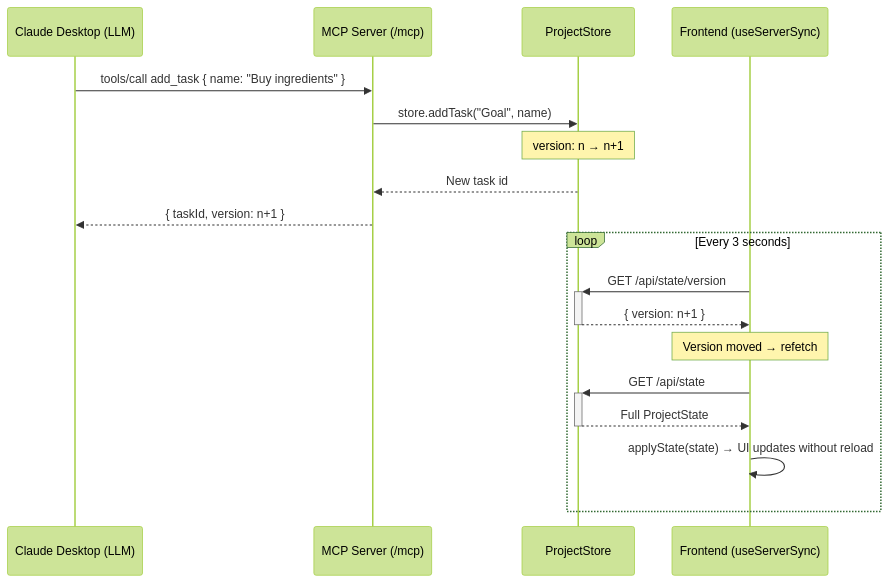
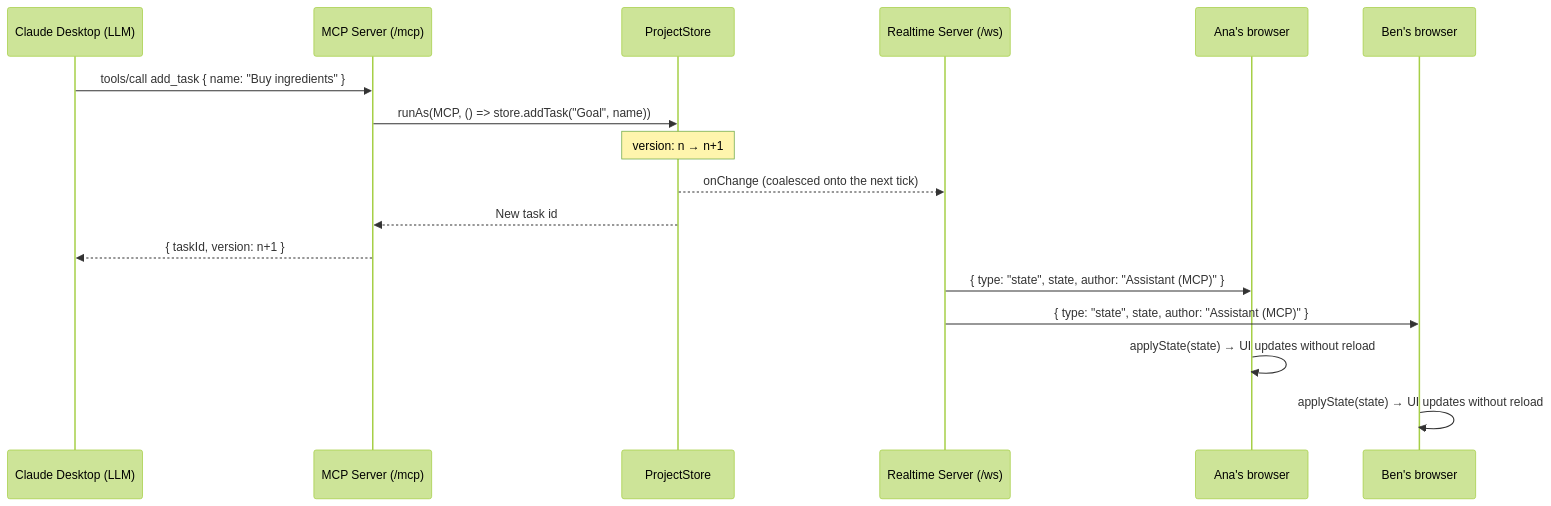
The second of 4 diagrams in docs/architecture/sequences.md (tantinlala/blossom-mcp), drawn with Mermaid (forest theme) before and after one commit. The commit also changed 44 other files, not shown here.

````diff
--- a/docs/architecture/sequences.md
+++ b/docs/architecture/sequences.md
@@ -28,22 +28,21 @@
 ```mermaid
 sequenceDiagram
     participant L as Claude Desktop (LLM)
     participant M as MCP Server (/mcp)
     participant S as ProjectStore
-    participant F as Frontend (useServerSync)
+    participant R as Realtime Server (/ws)
+    participant F as Ana's browser
+    participant G as Ben's browser
 
     L->>M: tools/call add_task { name: "Buy ingredients" }
-    M->>S: store.addTask("Goal", name)
+    M->>S: runAs(MCP, () => store.addTask("Goal", name))
     Note over S: version: n → n+1
+    S-->>R: onChange (coalesced onto the next tick)
     S-->>M: New task id
     M-->>L: { taskId, version: n+1 }
 
-    loop Every 3 seconds
-        F->>+S: GET /api/state/version
-        S-->>-F: { version: n+1 }
-        Note over F: Version moved → refetch
-        F->>+S: GET /api/state
-        S-->>-F: Full ProjectState
-        F->>F: applyState(state) → UI updates without reload
-    end
+    R->>F: { type: "state", state, author: "Assistant (MCP)" }
+    R->>G: { type: "state", state, author: "Assistant (MCP)" }
+    F->>F: applyState(state) → UI updates without reload
+    G->>G: applyState(state) → UI updates without reload
 ```
````
